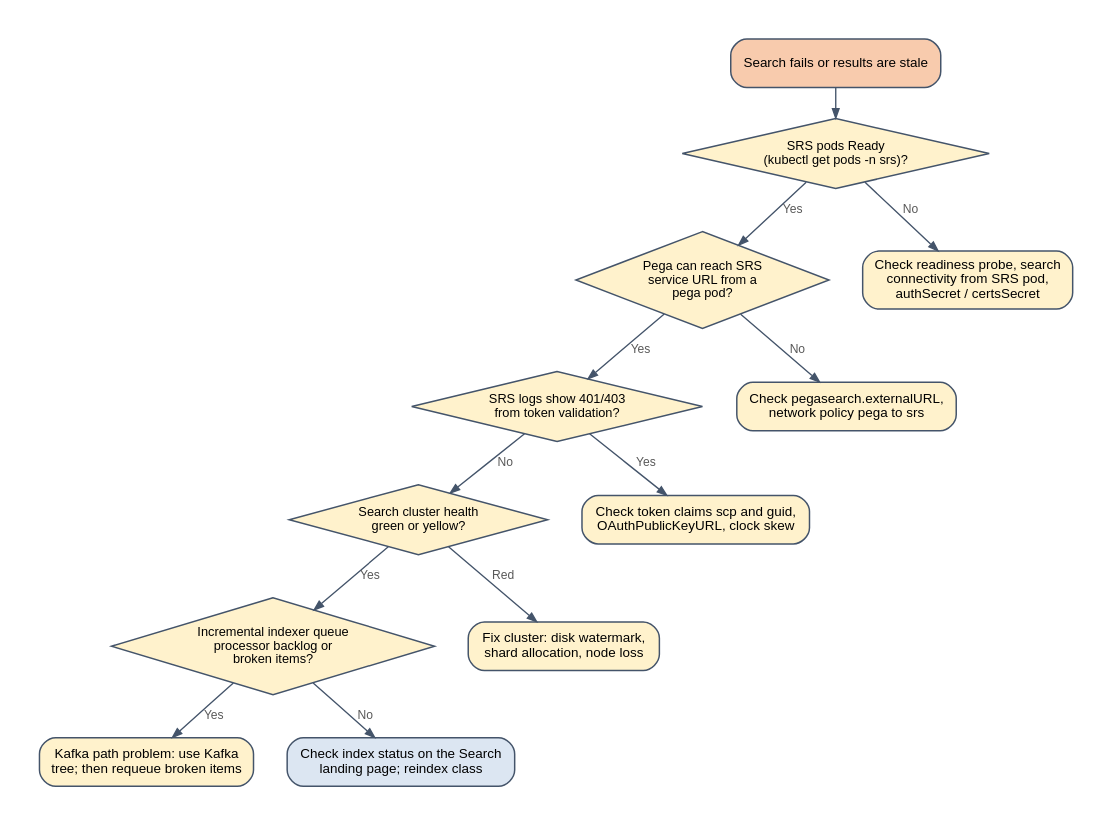
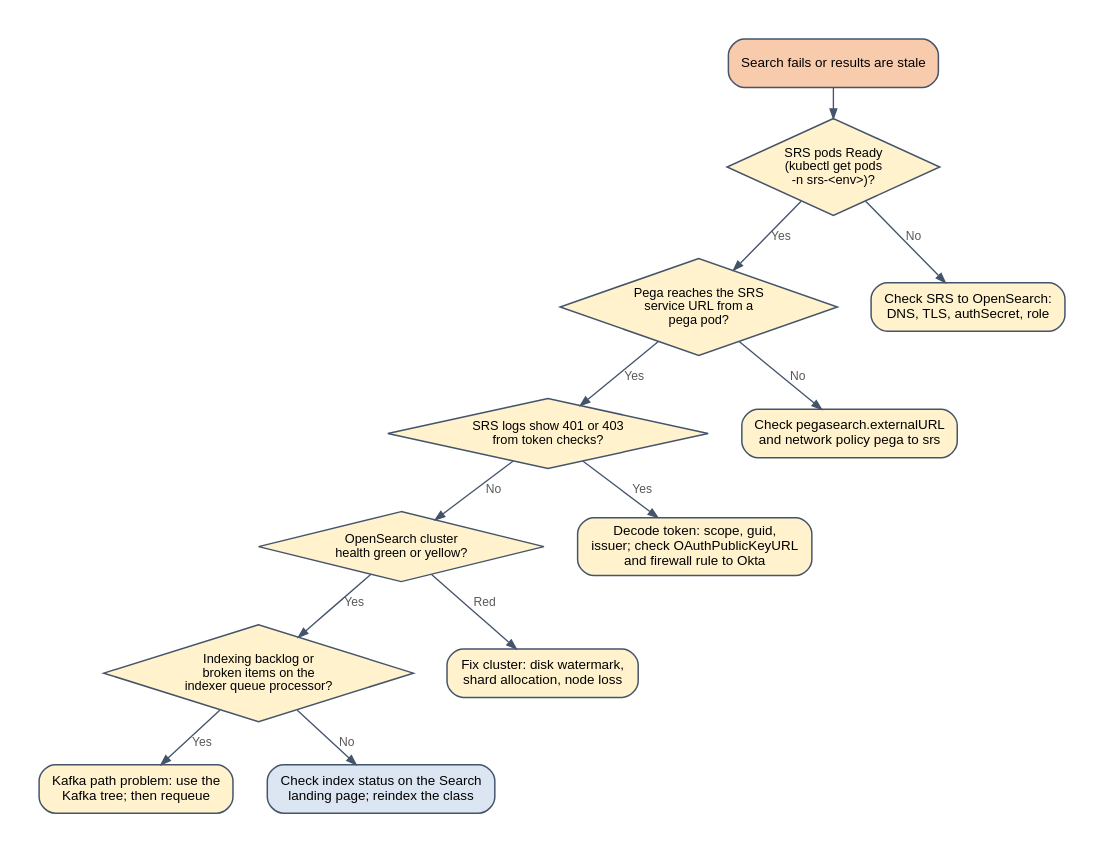
Before and after one commit to ravislr-beep/Sukoon: the diagram in runbook/img/generated/fig_troubleshoot_search.dot, drawn with Graphviz. The commit also changed 74 other files, not shown here.

Commit message:
Add naming, Helm values and reference sources for the clone-and-upgrade runbook; regenerate diagrams

```diff
--- a/runbook/img/generated/fig_troubleshoot_search.dot
+++ b/runbook/img/generated/fig_troubleshoot_search.dot
@@ -1,28 +1,28 @@
 digraph G {
 
   graph [fontname="Liberation Sans", fontsize=11, bgcolor="white", pad="0.3", nodesep="0.35", ranksep="0.45", fontcolor="#1F3864"];
   node  [fontname="Liberation Sans", fontsize=10, shape=box, style="rounded,filled", fillcolor="white", color="#44546A", penwidth=1.1, margin="0.14,0.07"];
   edge  [fontname="Liberation Sans", fontsize=9, color="#44546A", fontcolor="#595959", arrowsize=0.7, penwidth=1.0];
 
 
   rankdir=TB; ranksep=0.3;
   start [label="Search fails or results are stale", fillcolor="#F8CBAD"];
-  q1 [shape=diamond, style="filled", fillcolor="#FFF2CC", label="SRS pods Ready\n(kubectl get pods -n srs)?", margin="0.04,0.04", fontsize=9.5];
-  q2 [shape=diamond, style="filled", fillcolor="#FFF2CC", label="Pega can reach SRS\nservice URL from a\npega pod?", margin="0.04,0.04", fontsize=9.5];
-  q3 [shape=diamond, style="filled", fillcolor="#FFF2CC", label="SRS logs show 401/403\nfrom token validation?", margin="0.04,0.04", fontsize=9.5];
-  q4 [shape=diamond, style="filled", fillcolor="#FFF2CC", label="Search cluster health\ngreen or yellow?", margin="0.04,0.04", fontsize=9.5];
-  q5 [shape=diamond, style="filled", fillcolor="#FFF2CC", label="Incremental indexer queue\nprocessor backlog or\nbroken items?", margin="0.04,0.04", fontsize=9.5];
-  f1 [label="Check readiness probe, search\nconnectivity from SRS pod,\nauthSecret / certsSecret", fillcolor="#FFF2CC"];
-  f2 [label="Check pegasearch.externalURL,\nnetwork policy pega to srs", fillcolor="#FFF2CC"];
-  f3 [label="Check token claims scp and guid,\nOAuthPublicKeyURL, clock skew", fillcolor="#FFF2CC"];
+  q1 [shape=diamond, style="filled", fillcolor="#FFF2CC", label="SRS pods Ready\n(kubectl get pods\n-n srs-<env>)?", margin="0.04,0.04", fontsize=9.5];
+  q2 [shape=diamond, style="filled", fillcolor="#FFF2CC", label="Pega reaches the SRS\nservice URL from a\npega pod?", margin="0.04,0.04", fontsize=9.5];
+  q3 [shape=diamond, style="filled", fillcolor="#FFF2CC", label="SRS logs show 401 or 403\nfrom token checks?", margin="0.04,0.04", fontsize=9.5];
+  q4 [shape=diamond, style="filled", fillcolor="#FFF2CC", label="OpenSearch cluster\nhealth green or yellow?", margin="0.04,0.04", fontsize=9.5];
+  q5 [shape=diamond, style="filled", fillcolor="#FFF2CC", label="Indexing backlog or\nbroken items on the\nindexer queue processor?", margin="0.04,0.04", fontsize=9.5];
+  f1 [label="Check SRS to OpenSearch:\nDNS, TLS, authSecret, role", fillcolor="#FFF2CC"];
+  f2 [label="Check pegasearch.externalURL\nand network policy pega to srs", fillcolor="#FFF2CC"];
+  f3 [label="Decode token: scope, guid,\nissuer; check OAuthPublicKeyURL\nand firewall rule to Okta", fillcolor="#FFF2CC"];
   f4 [label="Fix cluster: disk watermark,\nshard allocation, node loss", fillcolor="#FFF2CC"];
-  f5 [label="Kafka path problem: use Kafka\ntree; then requeue broken items", fillcolor="#FFF2CC"];
-  f6 [label="Check index status on the Search\nlanding page; reindex class", fillcolor="#DCE6F2"];
+  f5 [label="Kafka path problem: use the\nKafka tree; then requeue", fillcolor="#FFF2CC"];
+  f6 [label="Check index status on the Search\nlanding page; reindex the class", fillcolor="#DCE6F2"];
   start -> q1;
   q1 -> f1 [label="No"]; q1 -> q2 [label="Yes"];
   q2 -> f2 [label="No"]; q2 -> q3 [label="Yes"];
   q3 -> f3 [label="Yes"]; q3 -> q4 [label="No"];
   q4 -> f4 [label="Red"]; q4 -> q5 [label="Yes"];
   q5 -> f5 [label="Yes"]; q5 -> f6 [label="No"];
 
 }
```
